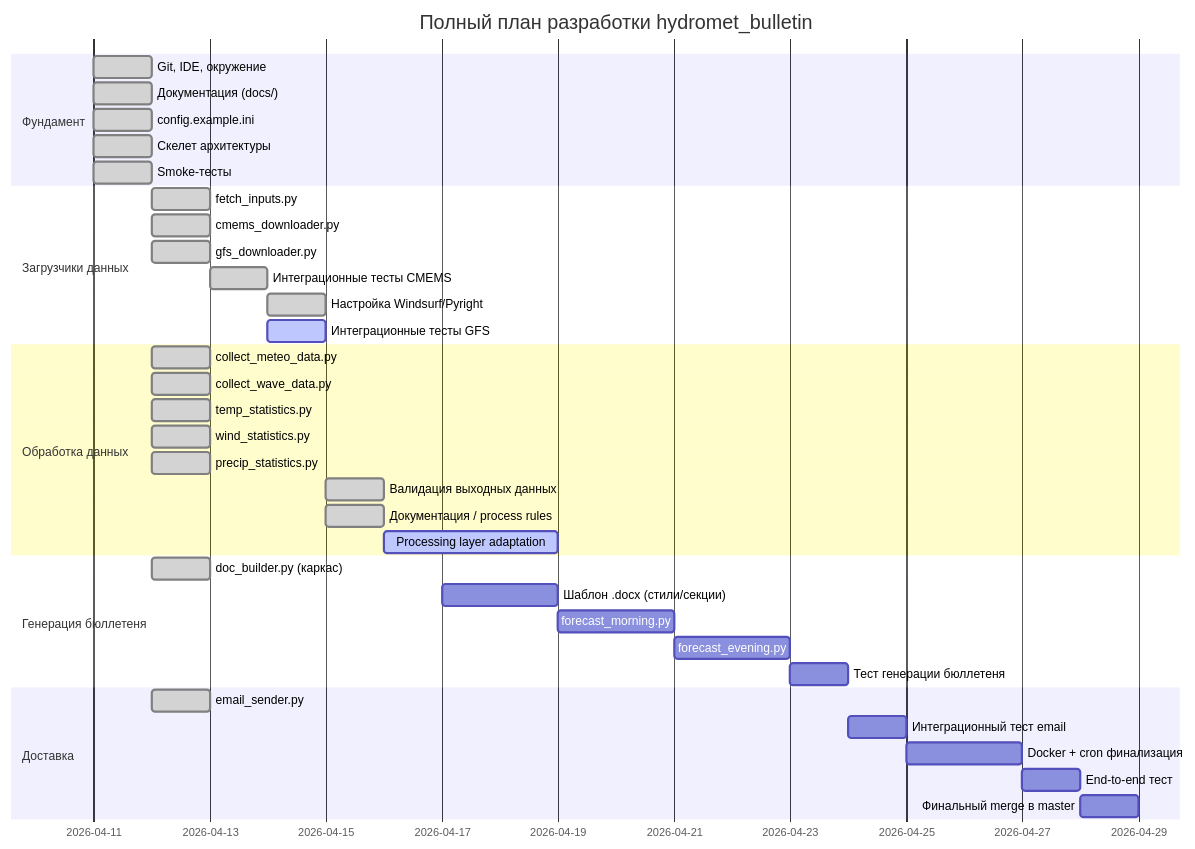
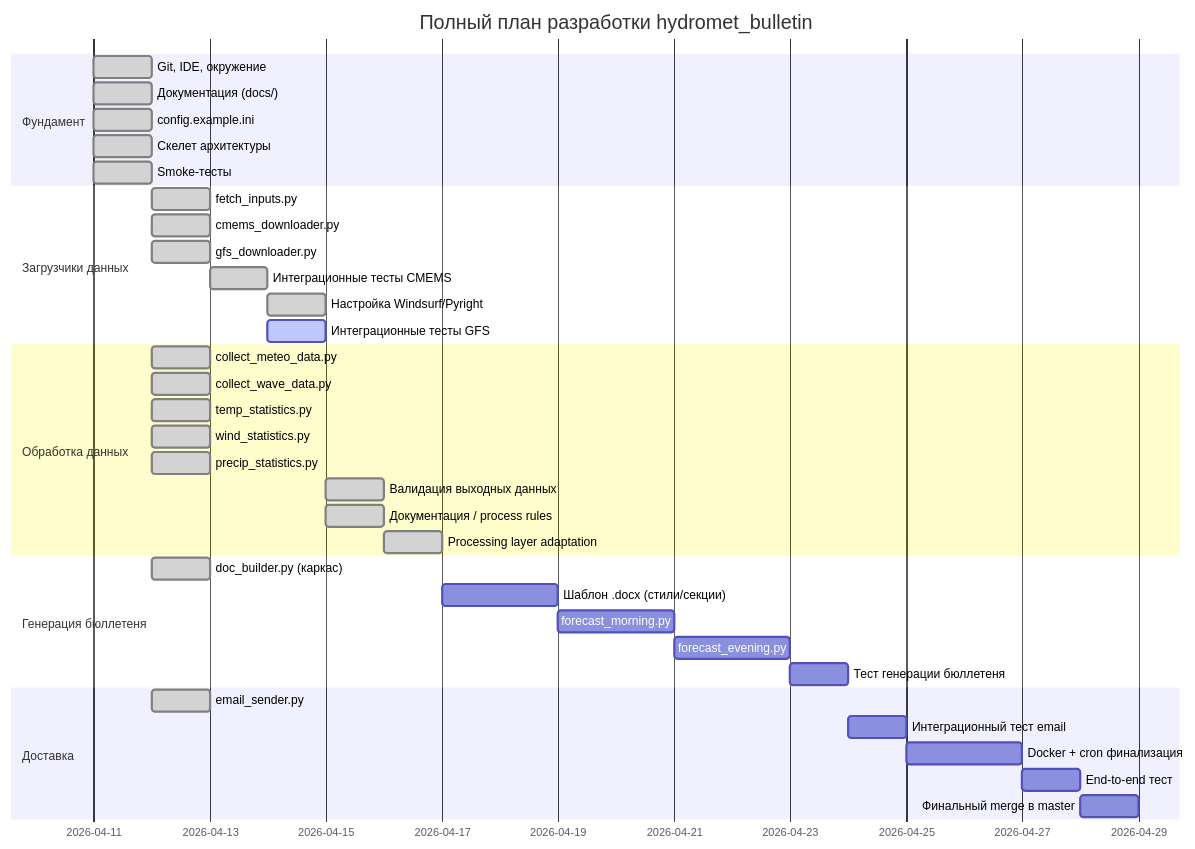
Before and after one commit to zubkovfpk/hydromet_bulletin: the first of 2 diagrams in docs/project_progress.md, drawn with Mermaid. The commit also changed other lines of this file and 5 other files, not shown here.

````diff
--- a/docs/project_progress.md
+++ b/docs/project_progress.md
@@ -5,39 +5,39 @@
 ```mermaid
 gantt
     title Полный план разработки hydromet_bulletin
     dateFormat YYYY-MM-DD
     section Фундамент
     Git, IDE, окружение          :done, 2026-04-11, 1d
     Документация (docs/)         :done, 2026-04-11, 1d
     config.example.ini           :done, 2026-04-11, 1d
     Скелет архитектуры           :done, 2026-04-11, 1d
     Smoke-тесты                  :done, 2026-04-11, 1d
     section Загрузчики данных
     fetch_inputs.py              :done, 2026-04-12, 1d
     cmems_downloader.py          :done, 2026-04-12, 1d
     gfs_downloader.py            :done, 2026-04-12, 1d
     Интеграционные тесты CMEMS   :done, 2026-04-13, 1d
     Настройка Windsurf/Pyright   :done, 2026-04-14, 1d
     Интеграционные тесты GFS     :active, 2026-04-14, 1d
     section Обработка данных
     collect_meteo_data.py        :done, 2026-04-12, 1d
     collect_wave_data.py         :done, 2026-04-12, 1d
     temp_statistics.py           :done, 2026-04-12, 1d
     wind_statistics.py           :done, 2026-04-12, 1d
     precip_statistics.py         :done, 2026-04-12, 1d
     Валидация выходных данных    :done, 2026-04-15, 1d
     Документация / process rules :done, 2026-04-15, 1d
-    Processing layer adaptation  :active, 2026-04-16, 3d
+    Processing layer adaptation  :done, 2026-04-16, 1d
     section Генерация бюллетеня
     doc_builder.py (каркас)      :done, 2026-04-12, 1d
     Шаблон .docx (стили/секции) :2026-04-17, 2d
     forecast_morning.py          :2026-04-19, 2d
     forecast_evening.py          :2026-04-21, 2d
     Тест генерации бюллетеня     :2026-04-23, 1d
     section Доставка
     email_sender.py              :done, 2026-04-12, 1d
     Интеграционный тест email    :2026-04-24, 1d
     Docker + cron финализация    :2026-04-25, 2d
     End-to-end тест              :2026-04-27, 1d
     Финальный merge в master     :2026-04-28, 1d
 ```
````
